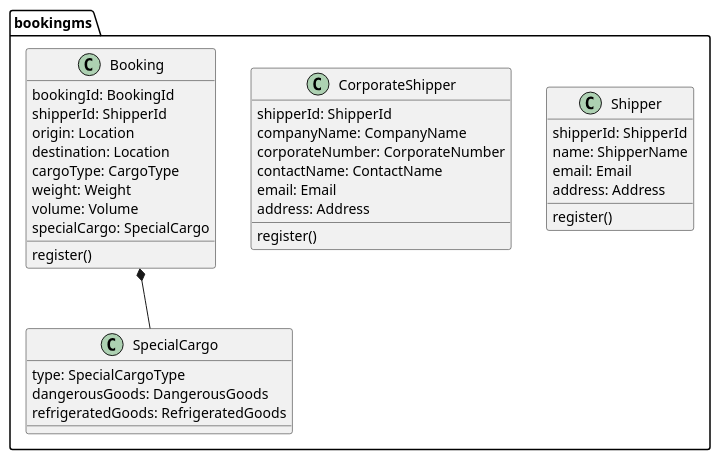
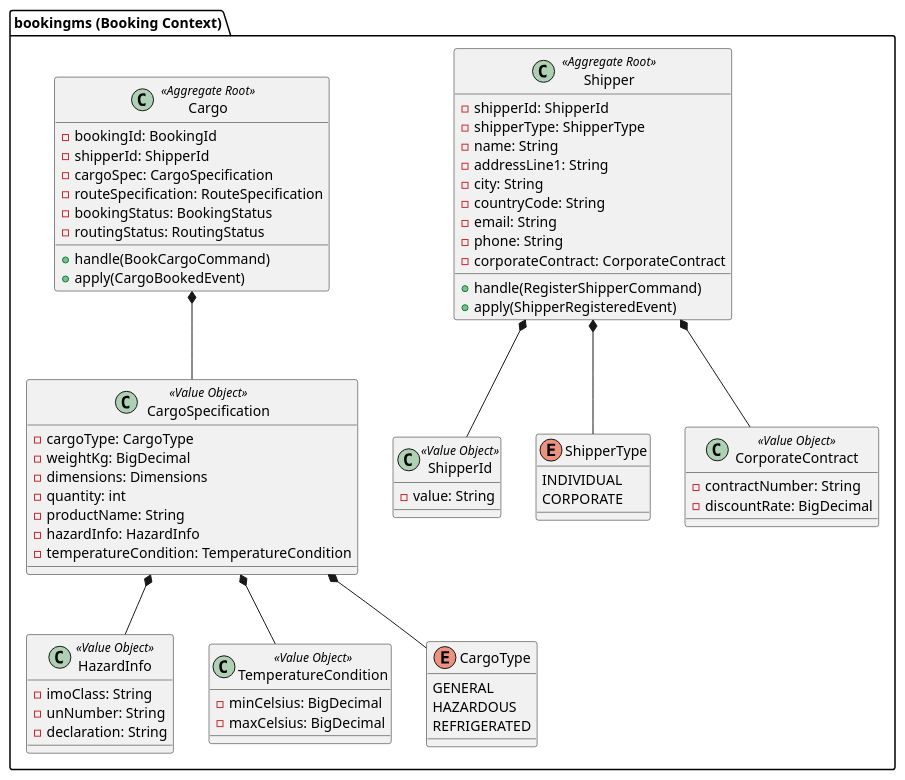
One commit to k2works/case-study-cargo-tracker changed the third of 5 diagrams in docs/development/iteration_plan-2.md. Above: the diagram before and after it, drawn with PlantUML. The commit also changed other lines of this file, not shown here.

````diff
--- a/docs/development/iteration_plan-2.md
+++ b/docs/development/iteration_plan-2.md
@@ -232,43 +240,81 @@
 ```plantuml
 @startuml
-package "bookingms" {
-  class Shipper {
-    shipperId: ShipperId
-    name: ShipperName
-    email: Email
-    address: Address
-    register()
+package "bookingms (Booking Context)" {
+
+  class Shipper <<Aggregate Root>> {
+    - shipperId: ShipperId
+    - shipperType: ShipperType
+    - name: String
+    - addressLine1: String
+    - city: String
+    - countryCode: String
+    - email: String
+    - phone: String
+    - corporateContract: CorporateContract
+    + handle(RegisterShipperCommand)
+    + apply(ShipperRegisteredEvent)
   }
 
-  class CorporateShipper {
-    shipperId: ShipperId
-    companyName: CompanyName
-    corporateNumber: CorporateNumber
-    contactName: ContactName
-    email: Email
-    address: Address
-    register()
+  class ShipperId <<Value Object>> {
+    - value: String
   }
 
-  class Booking {
-    bookingId: BookingId
-    shipperId: ShipperId
-    origin: Location
-    destination: Location
-    cargoType: CargoType
-    weight: Weight
-    volume: Volume
-    specialCargo: SpecialCargo
-    register()
+  enum ShipperType {
+    INDIVIDUAL
+    CORPORATE
   }
 
-  class SpecialCargo {
-    type: SpecialCargoType
-    dangerousGoods: DangerousGoods
-    refrigeratedGoods: RefrigeratedGoods
+  class CorporateContract <<Value Object>> {
+    - contractNumber: String
+    - discountRate: BigDecimal
+    ' discountRate は 0.000 〜 0.300
   }
 
-  Booking *-- SpecialCargo
+  class Cargo <<Aggregate Root>> {
+    - bookingId: BookingId
+    - shipperId: ShipperId
+    - cargoSpec: CargoSpecification
+    - routeSpecification: RouteSpecification
+    - bookingStatus: BookingStatus
+    - routingStatus: RoutingStatus
+    + handle(BookCargoCommand)
+    + apply(CargoBookedEvent)
+  }
+
+  class CargoSpecification <<Value Object>> {
+    - cargoType: CargoType
+    - weightKg: BigDecimal
+    - dimensions: Dimensions
+    - quantity: int
+    - productName: String
+    - hazardInfo: HazardInfo
+    - temperatureCondition: TemperatureCondition
+  }
+
+  class HazardInfo <<Value Object>> {
+    - imoClass: String
+    - unNumber: String
+    - declaration: String
+  }
+
+  class TemperatureCondition <<Value Object>> {
+    - minCelsius: BigDecimal
+    - maxCelsius: BigDecimal
+  }
+
+  enum CargoType {
+    GENERAL
+    HAZARDOUS
+    REFRIGERATED
+  }
+
+  Shipper *-- ShipperId
+  Shipper *-- ShipperType
+  Shipper *-- CorporateContract
+  Cargo *-- CargoSpecification
+  CargoSpecification *-- HazardInfo
+  CargoSpecification *-- TemperatureCondition
+  CargoSpecification *-- CargoType
 }
 @enduml
 ```
````
